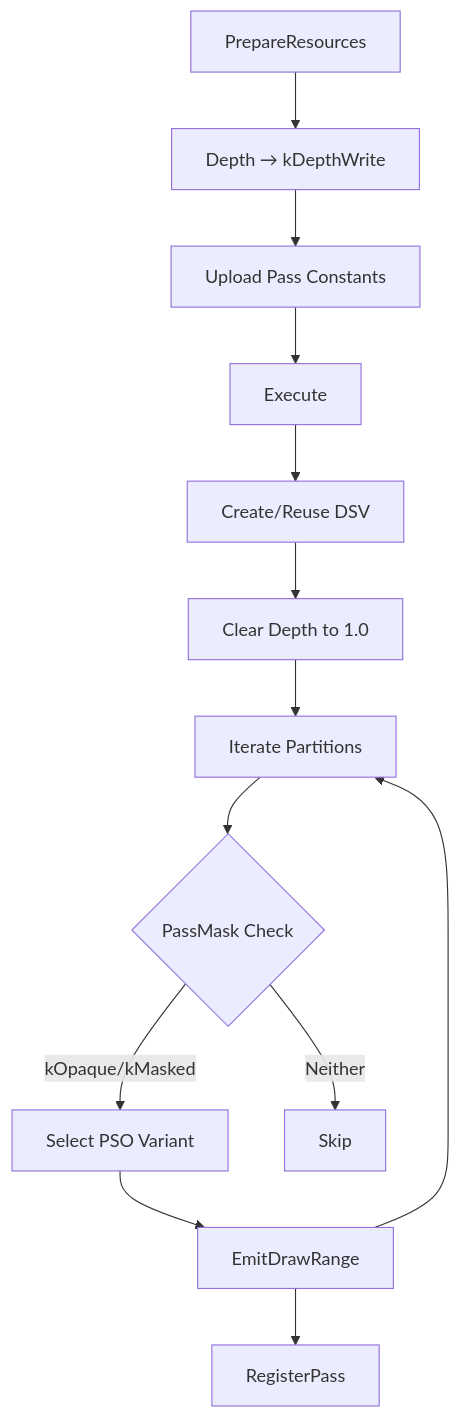
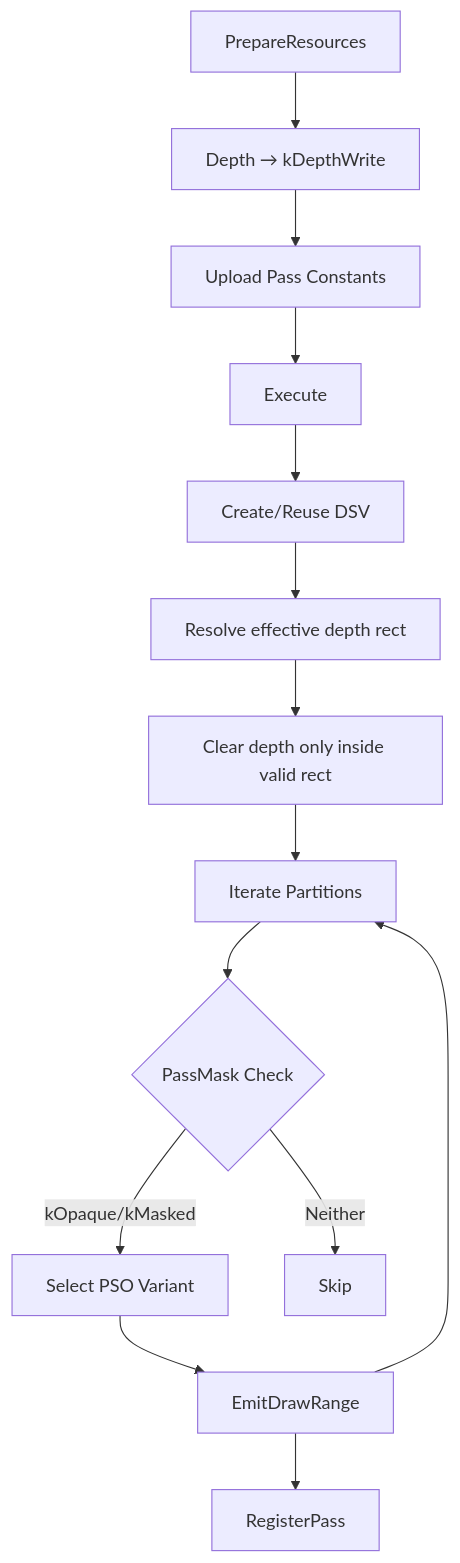
The diagram in projects/Oxygen.Engine/src/Oxygen/Renderer/Docs/passes/depth_pre_pass.md (abdes/DroidNet), drawn with Mermaid before and after one commit. The commit also changed other lines of this file and 44 other files, not shown here.

````diff
--- a/projects/Oxygen.Engine/src/Oxygen/Renderer/Docs/passes/depth_pre_pass.md
+++ b/projects/Oxygen.Engine/src/Oxygen/Renderer/Docs/passes/depth_pre_pass.md
@@ -40,15 +49,16 @@
 ```mermaid
 graph TB
     PrepRes[PrepareResources] --> Transition[Depth → kDepthWrite]
     Transition --> PassCBV[Upload Pass Constants]
     PassCBV --> Execute[Execute]
     Execute --> DSV[Create/Reuse DSV]
-    DSV --> Clear[Clear Depth to 1.0]
+    DSV --> ResolveRect[Resolve effective depth rect]
+    ResolveRect --> Clear[Clear depth only inside valid rect]
     Clear --> Iterate[Iterate Partitions]
     Iterate --> Filter{PassMask Check}
     Filter -->|kOpaque/kMasked| Select[Select PSO Variant]
     Filter -->|Neither| Skip[Skip]
     Select --> DrawRange[EmitDrawRange]
     DrawRange --> Iterate
     DrawRange --> Register[RegisterPass]
 ```
````
